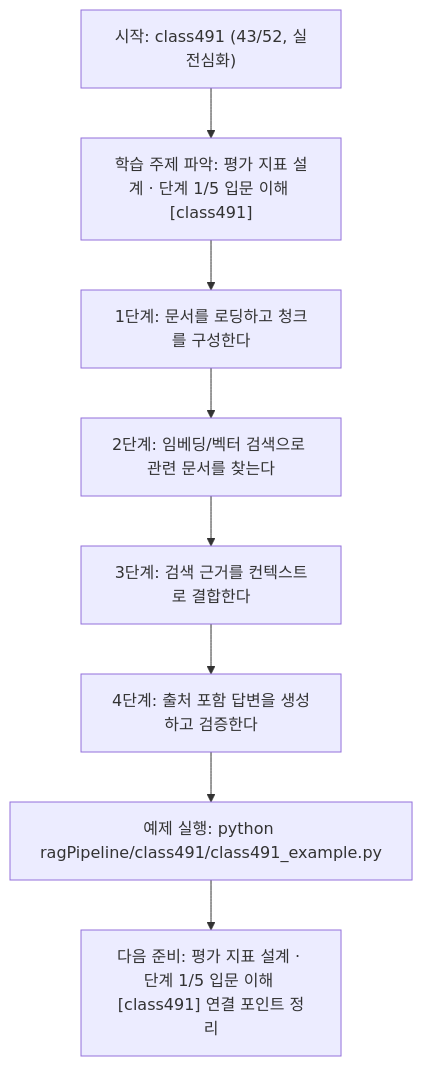
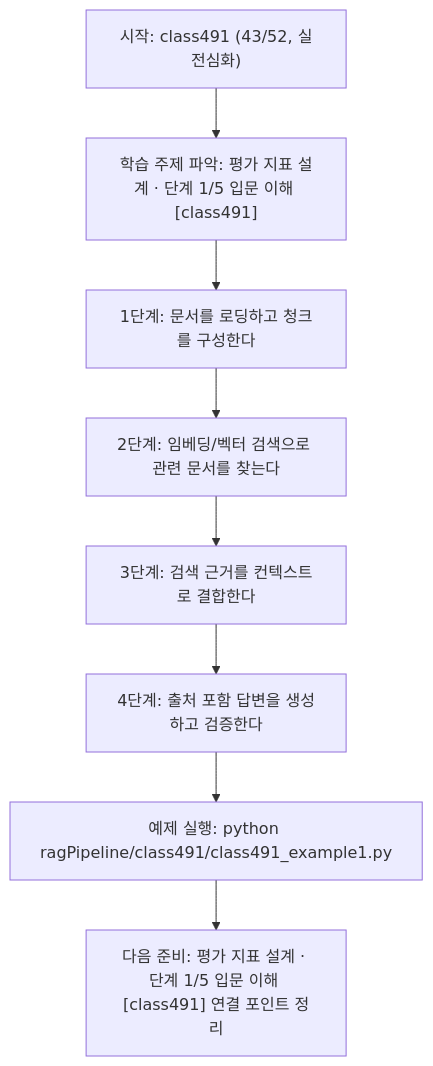
Before and after one commit to edumgt/Python-AI_Agent-Class: the diagram in ragPipeline/class491/class491.md, drawn with Mermaid. The commit also changed other lines of this file and 2959 other files, not shown here.

````diff
--- a/ragPipeline/class491/class491.md
+++ b/ragPipeline/class491/class491.md
@@ -111,18 +111,18 @@
 ```mermaid
 flowchart TD
 N1["시작: class491 (43/52, 실전심화)"]
 N2["학습 주제 파악: 평가 지표 설계 · 단계 1/5 입문 이해 [class491]"]
 N3["1단계: 문서를 로딩하고 청크를 구성한다"]
 N4["2단계: 임베딩/벡터 검색으로 관련 문서를 찾는다"]
 N5["3단계: 검색 근거를 컨텍스트로 결합한다"]
 N6["4단계: 출처 포함 답변을 생성하고 검증한다"]
-N7["예제 실행: python ragPipeline/class491/class491_example.py"]
+N7["예제 실행: python ragPipeline/class491/class491_example1.py"]
 N8["다음 준비: 평가 지표 설계 · 단계 1/5 입문 이해 [class491] 연결 포인트 정리"]
 N1 --> N2
 N2 --> N3
 N3 --> N4
 N4 --> N5
 N5 --> N6
 N6 --> N7
 N7 --> N8
 ```
````
